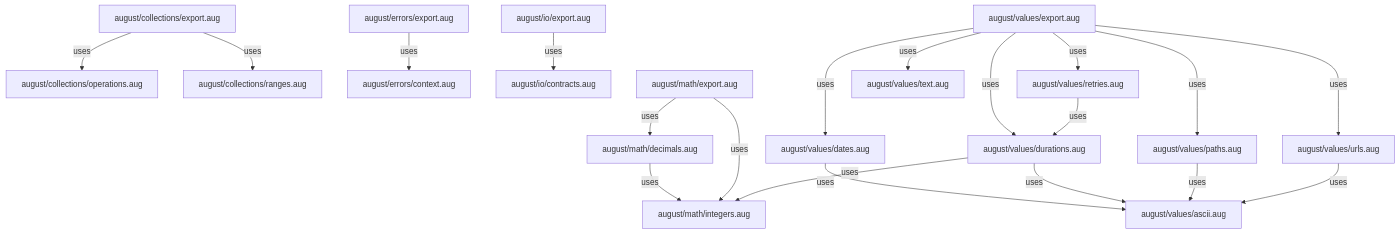
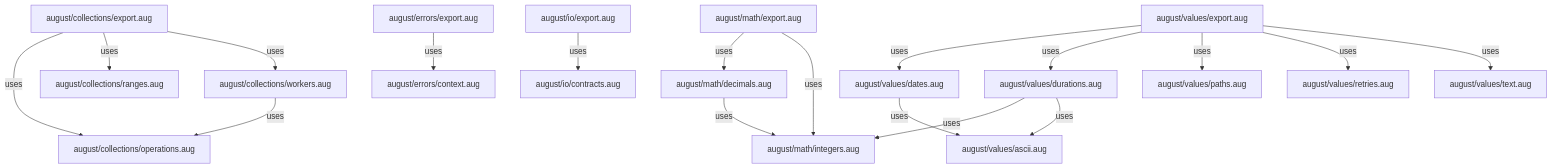
One commit to GreenPandaStudios/augscript changed the second of 3 diagrams in src/stdlib/.aug-spec/diagrams/index.md. Above: the diagram before and after it, drawn with Mermaid. The commit also changed other lines of this file and 28 other files, not shown here.

````diff
--- a/src/stdlib/.aug-spec/diagrams/index.md
+++ b/src/stdlib/.aug-spec/diagrams/index.md
@@ -21,40 +21,38 @@
 ```mermaid
 flowchart TD
     n0["august/collections/export.aug"]
     n1["august/collections/operations.aug"]
     n2["august/collections/ranges.aug"]
-    n3["august/errors/context.aug"]
-    n4["august/errors/export.aug"]
-    n5["august/io/contracts.aug"]
-    n6["august/io/export.aug"]
-    n7["august/math/decimals.aug"]
-    n8["august/math/export.aug"]
-    n9["august/math/integers.aug"]
-    n10["august/values/ascii.aug"]
-    n11["august/values/dates.aug"]
-    n12["august/values/durations.aug"]
-    n13["august/values/export.aug"]
-    n14["august/values/paths.aug"]
-    n15["august/values/retries.aug"]
-    n16["august/values/text.aug"]
-    n17["august/values/urls.aug"]
+    n3["august/collections/workers.aug"]
+    n4["august/errors/context.aug"]
+    n5["august/errors/export.aug"]
+    n6["august/io/contracts.aug"]
+    n7["august/io/export.aug"]
+    n8["august/math/decimals.aug"]
+    n9["august/math/export.aug"]
+    n10["august/math/integers.aug"]
+    n11["august/values/ascii.aug"]
+    n12["august/values/dates.aug"]
+    n13["august/values/durations.aug"]
+    n14["august/values/export.aug"]
+    n15["august/values/paths.aug"]
+    n16["august/values/retries.aug"]
+    n17["august/values/text.aug"]
     n0 -->|"uses"| n1
     n0 -->|"uses"| n2
-    n4 -->|"uses"| n3
-    n6 -->|"uses"| n5
-    n7 -->|"uses"| n9
-    n8 -->|"uses"| n7
-    n8 -->|"uses"| n9
-    n11 -->|"uses"| n10
-    n12 -->|"uses"| n9
-    n12 -->|"uses"| n10
+    n0 -->|"uses"| n3
+    n3 -->|"uses"| n1
+    n5 -->|"uses"| n4
+    n7 -->|"uses"| n6
+    n8 -->|"uses"| n10
+    n9 -->|"uses"| n8
+    n9 -->|"uses"| n10
+    n12 -->|"uses"| n11
+    n13 -->|"uses"| n10
     n13 -->|"uses"| n11
-    n13 -->|"uses"| n12
-    n13 -->|"uses"| n14
-    n13 -->|"uses"| n15
-    n13 -->|"uses"| n16
-    n13 -->|"uses"| n17
-    n14 -->|"uses"| n10
-    n15 -->|"uses"| n12
-    n17 -->|"uses"| n10
+    n14 -->|"uses"| n12
+    n14 -->|"uses"| n13
+    n14 -->|"uses"| n15
+    n14 -->|"uses"| n16
+    n14 -->|"uses"| n17
 ```
````
